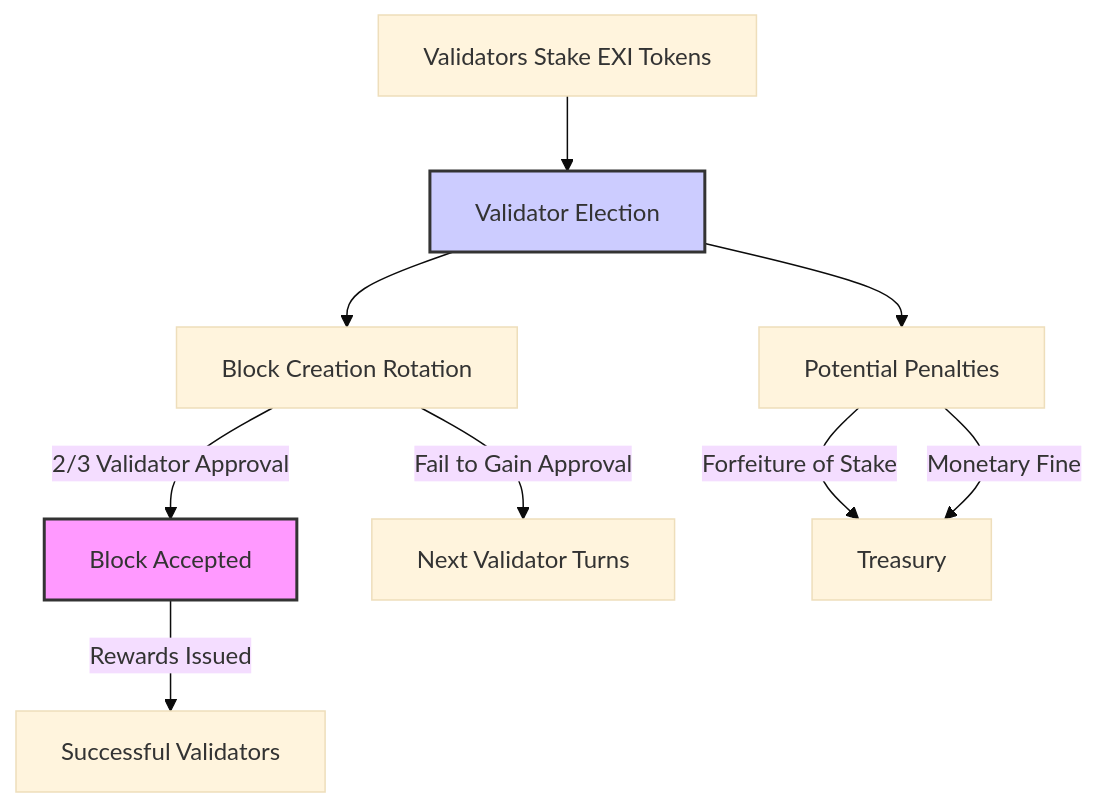
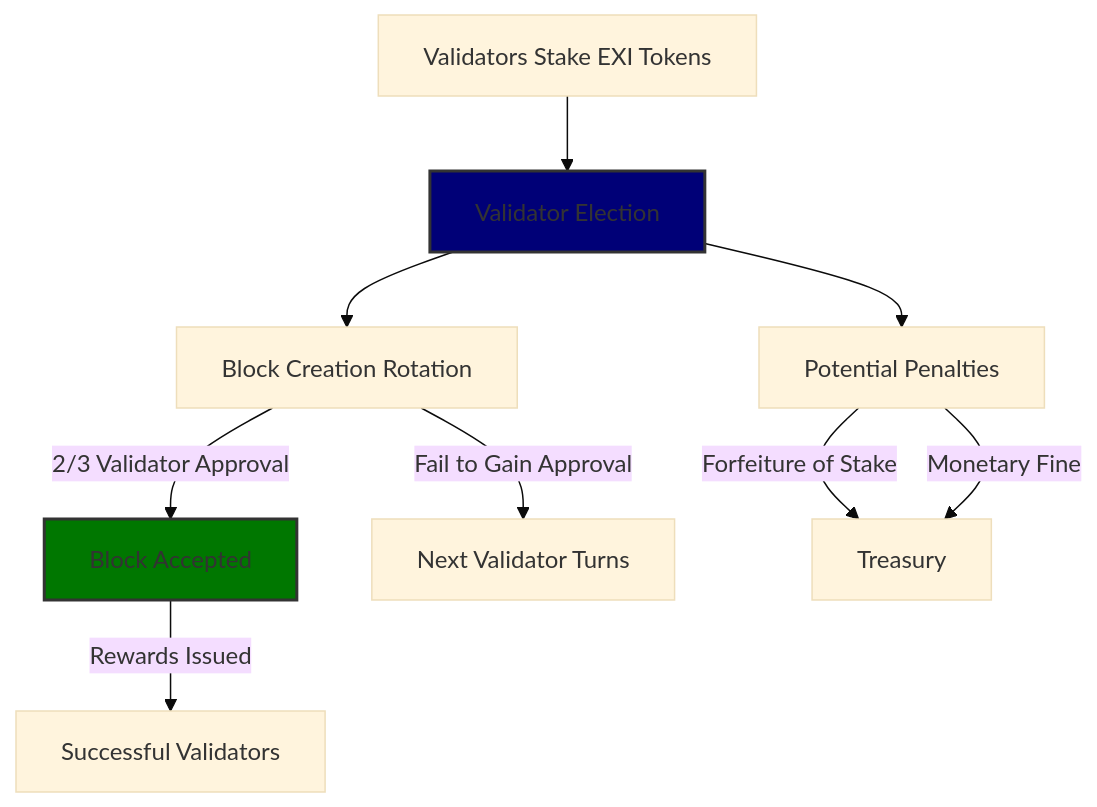
One commit to dustinengle/exinfo changed the fifth of 5 diagrams in README.md. Above: the diagram before and after it, drawn with Mermaid (base theme). The commit also changed other lines of this file, not shown here.

Commit message:
graph color change

````diff
--- a/README.md
+++ b/README.md
@@ -208,13 +208,13 @@
 ```mermaid
 graph TD;
     A[Validators Stake EXI Tokens] --> B[Validator Election]
     B --> C[Block Creation Rotation]
     C -->|2/3 Validator Approval| D[Block Accepted]
     C -->|Fail to Gain Approval| E[Next Validator Turns]
     B --> F[Potential Penalties]
     F -->|Forfeiture of Stake| G[Treasury]
     F -->|Monetary Fine| G
     D -->|Rewards Issued| H[Successful Validators]
-    style D fill:#f9f, stroke:#333,stroke-width:2px
-    style B fill:#ccf, stroke:#333, stroke-width:2px
+    style D fill:#070, stroke:#333,stroke-width:2px
+    style B fill:#007, stroke:#333, stroke-width:2px
 ```
````
